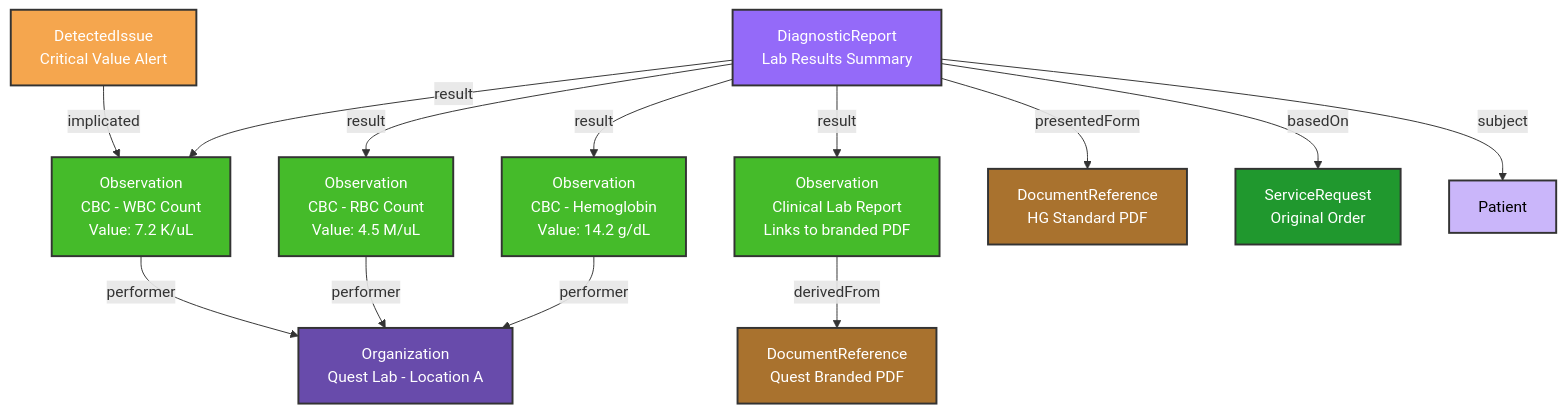
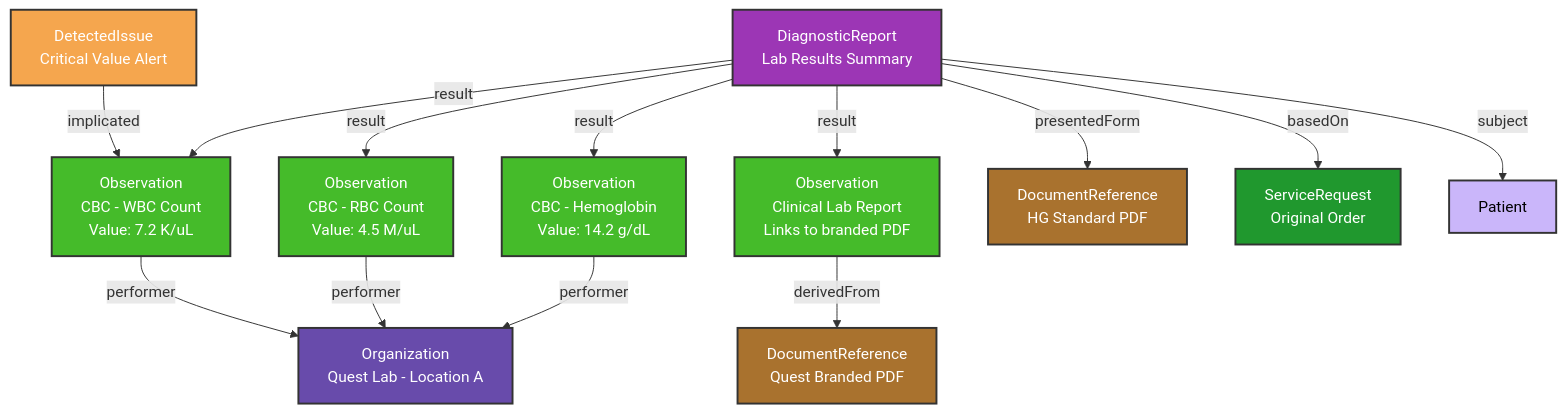
One commit to medplum/medplum changed the diagram in packages/docs/docs/integration/health-gorilla/receiving-results.md. Above: the diagram before and after it, drawn with Mermaid. The commit also changed 69 other files, not shown here.

````diff
--- a/packages/docs/docs/integration/health-gorilla/receiving-results.md
+++ b/packages/docs/docs/integration/health-gorilla/receiving-results.md
@@ -29,36 +29,36 @@
 ```mermaid
 graph TD
     DR[DiagnosticReport<br/>Lab Results Summary] -->|result| Obs1[Observation<br/>CBC - WBC Count<br/>Value: 7.2 K/uL]
     DR -->|result| Obs2[Observation<br/>CBC - RBC Count<br/>Value: 4.5 M/uL]
     DR -->|result| Obs3[Observation<br/>CBC - Hemoglobin<br/>Value: 14.2 g/dL]
     DR -->|result| CLR[Observation<br/>Clinical Lab Report<br/>Links to branded PDF]
 
     DR -->|presentedForm| PDF1[DocumentReference<br/>HG Standard PDF]
     CLR -->|derivedFrom| PDF2[DocumentReference<br/>Quest Branded PDF]
 
     DR -->|basedOn| SR[ServiceRequest<br/>Original Order]
 
     Obs1 -->|performer| Lab1[Organization<br/>Quest Lab - Location A]
     Obs2 -->|performer| Lab1
     Obs3 -->|performer| Lab1
 
     DR -->|subject| Patient[Patient]
 
     DI[DetectedIssue<br/>Critical Value Alert] -->|implicated| Obs1
 
-    classDef report fill:#946af9,stroke:#333,stroke-width:2px,color:#fff
+    classDef report fill:#9C36B5,stroke:#333,stroke-width:2px,color:#fff
     classDef observation fill:#45bb2a,stroke:#333,stroke-width:2px,color:#fff
     classDef document fill:#a9722e,stroke:#333,stroke-width:2px,color:#fff
     classDef organization fill:#684bab,stroke:#333,stroke-width:2px,color:#fff
     classDef issue fill:#f5a64e,stroke:#333,stroke-width:2px,color:#fff
     classDef patient fill:#cab6fa,stroke:#333,stroke-width:2px,color:#000
     classDef serviceRequest fill:#20982e,stroke:#333,stroke-width:2px,color:#fff
 
     class DR report
     class Obs1,Obs2,Obs3,CLR observation
     class PDF1,PDF2 document
     class Lab1 organization
     class DI issue
     class Patient patient
     class SR serviceRequest
 ```
````
